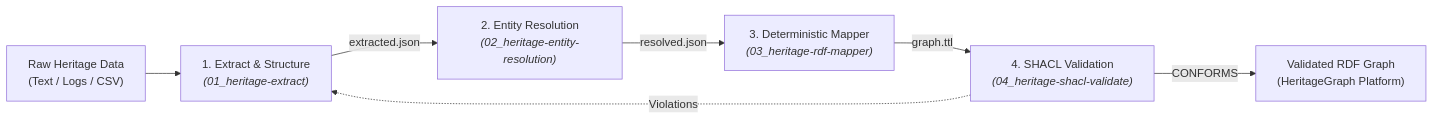
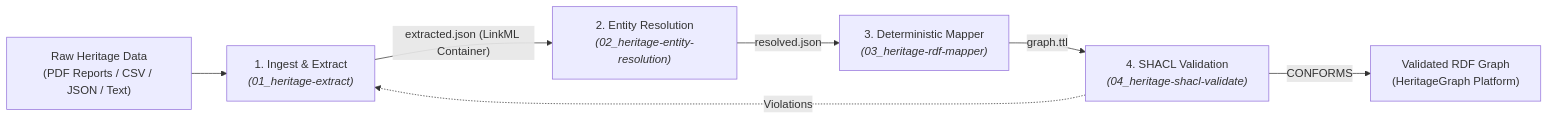
The diagram in skills/00_heritage-to-rdf/SKILL.md (CAIRNepal/hg-skill), drawn with Mermaid before and after one commit. The commit also changed other lines of this file and 2 other files, not shown here.

Commit message:
docs: update README, AGENTS, and pipeline architecture diagrams for PDF and multi-format support

````diff
--- a/skills/00_heritage-to-rdf/SKILL.md
+++ b/skills/00_heritage-to-rdf/SKILL.md
@@ -13,9 +13,9 @@
 ```mermaid
 flowchart LR
-    RawData["Raw Heritage Data<br/>(Text / Logs / CSV)"] --> Stage1["1. Extract & Structure<br/><i>(01_heritage-extract)</i>"]
-    Stage1 -->|"extracted.json"| Stage2["2. Entity Resolution<br/><i>(02_heritage-entity-resolution)</i>"]
+    RawData["Raw Heritage Data<br/>(PDF Reports / CSV / JSON / Text)"] --> Stage1["1. Ingest & Extract<br/><i>(01_heritage-extract)</i>"]
+    Stage1 -->|"extracted.json (LinkML Container)"| Stage2["2. Entity Resolution<br/><i>(02_heritage-entity-resolution)</i>"]
     Stage2 -->|"resolved.json"| Stage3["3. Deterministic Mapper<br/><i>(03_heritage-rdf-mapper)</i>"]
     Stage3 -->|"graph.ttl"| Stage4["4. SHACL Validation<br/><i>(04_heritage-shacl-validate)</i>"]
     Stage4 -->|CONFORMS| Output["Validated RDF Graph<br/>(HeritageGraph Platform)"]
     Stage4 -.->|Violations| Stage1
 ```
````
